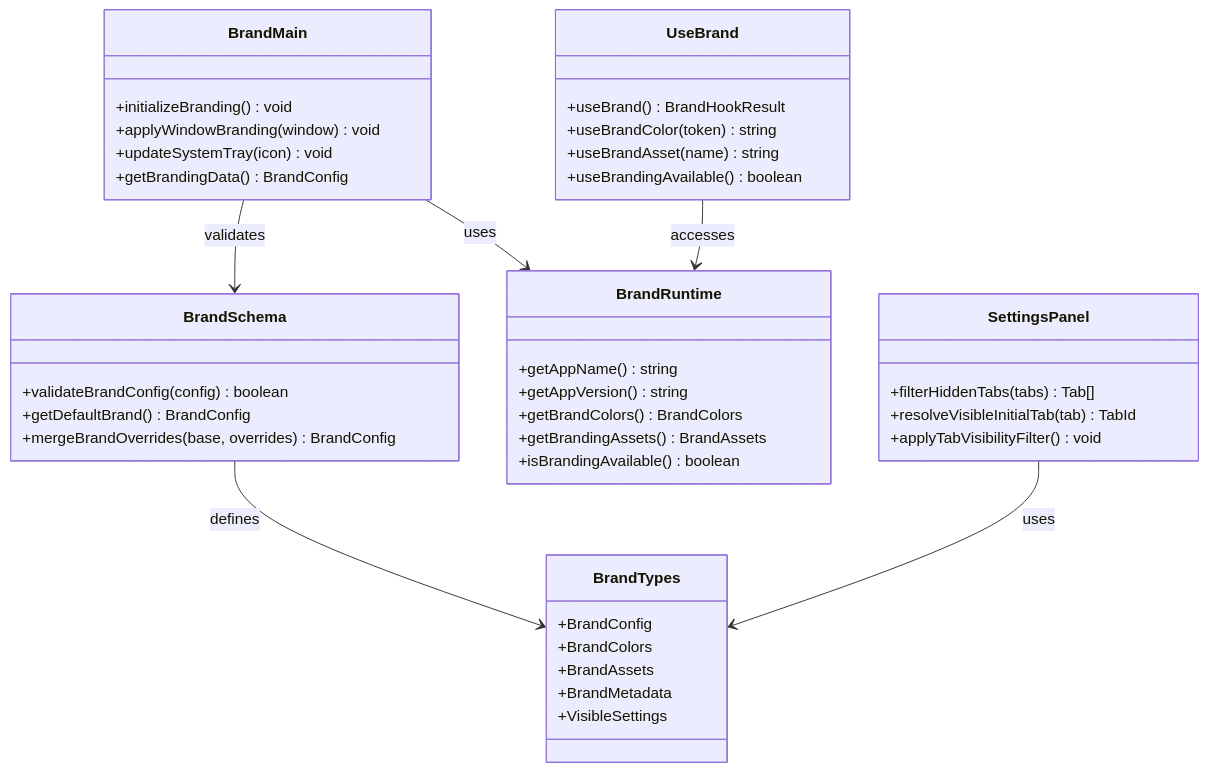
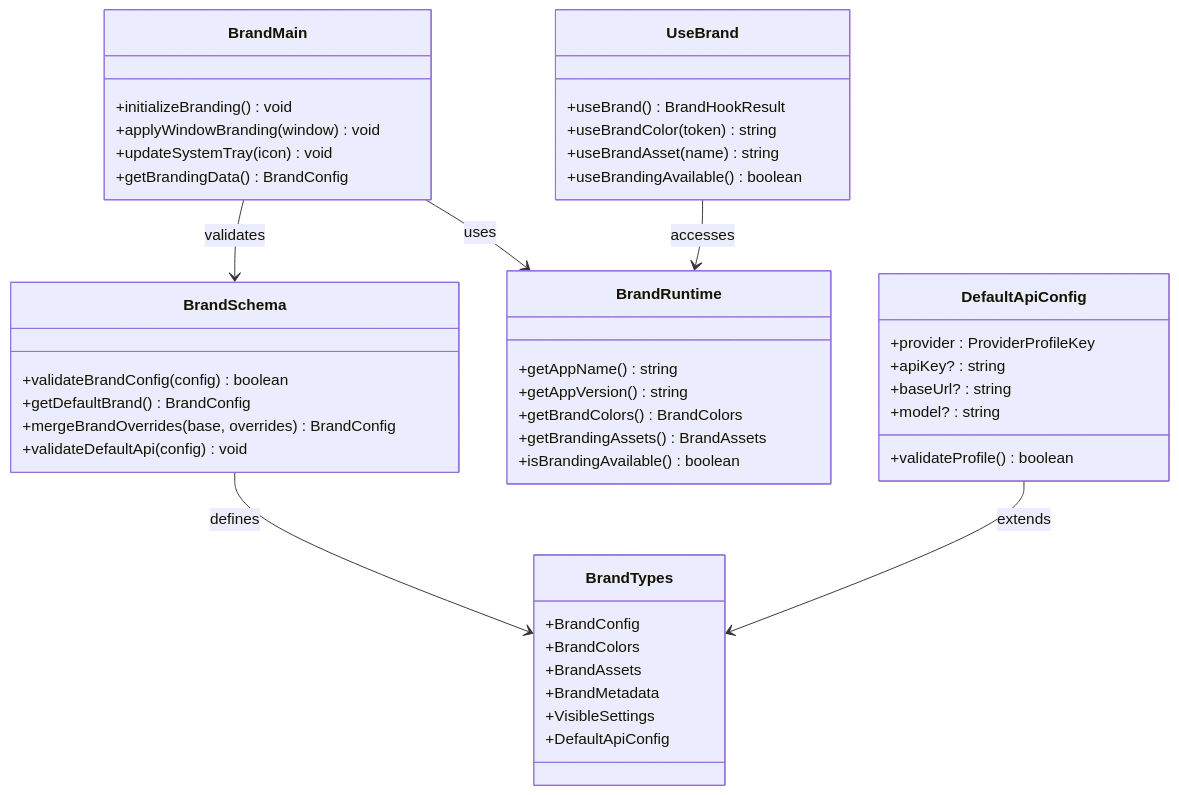
Before and after one commit to jackuh105/open-cowork: the second of 9 diagrams in .qoder/repowiki/en/content/Deployment & Distribution/Branding System.md, drawn with Mermaid. The commit also changed other lines of this file and 2 other files, not shown here.

````diff
--- a/.qoder/repowiki/en/content/Deployment & Distribution/Branding System.md
+++ b/.qoder/repowiki/en/content/Deployment & Distribution/Branding System.md
@@ -121,44 +128,48 @@
 ```mermaid
 classDiagram
 class BrandSchema {
 +validateBrandConfig(config) boolean
 +getDefaultBrand() BrandConfig
 +mergeBrandOverrides(base, overrides) BrandConfig
++validateDefaultApi(config) void
 }
 class BrandTypes {
 +BrandConfig
 +BrandColors
 +BrandAssets
 +BrandMetadata
 +VisibleSettings
++DefaultApiConfig
 }
 class BrandMain {
 +initializeBranding() void
 +applyWindowBranding(window) void
 +updateSystemTray(icon) void
 +getBrandingData() BrandConfig
 }
 class BrandRuntime {
 +getAppName() string
 +getAppVersion() string
 +getBrandColors() BrandColors
 +getBrandingAssets() BrandAssets
 +isBrandingAvailable() boolean
 }
 class UseBrand {
 +useBrand() BrandHookResult
 +useBrandColor(token) string
 +useBrandAsset(name) string
 +useBrandingAvailable() boolean
 }
-class SettingsPanel {
-+filterHiddenTabs(tabs) Tab[]
-+resolveVisibleInitialTab(tab) TabId
-+applyTabVisibilityFilter() void
+class DefaultApiConfig {
++provider : ProviderProfileKey
++apiKey? : string
++baseUrl? : string
++model? : string
++validateProfile() boolean
 }
 BrandSchema --> BrandTypes : defines
 BrandMain --> BrandRuntime : uses
 UseBrand --> BrandRuntime : accesses
 BrandMain --> BrandSchema : validates
-SettingsPanel --> BrandTypes : uses
+DefaultApiConfig --> BrandTypes : extends
 ```
````
